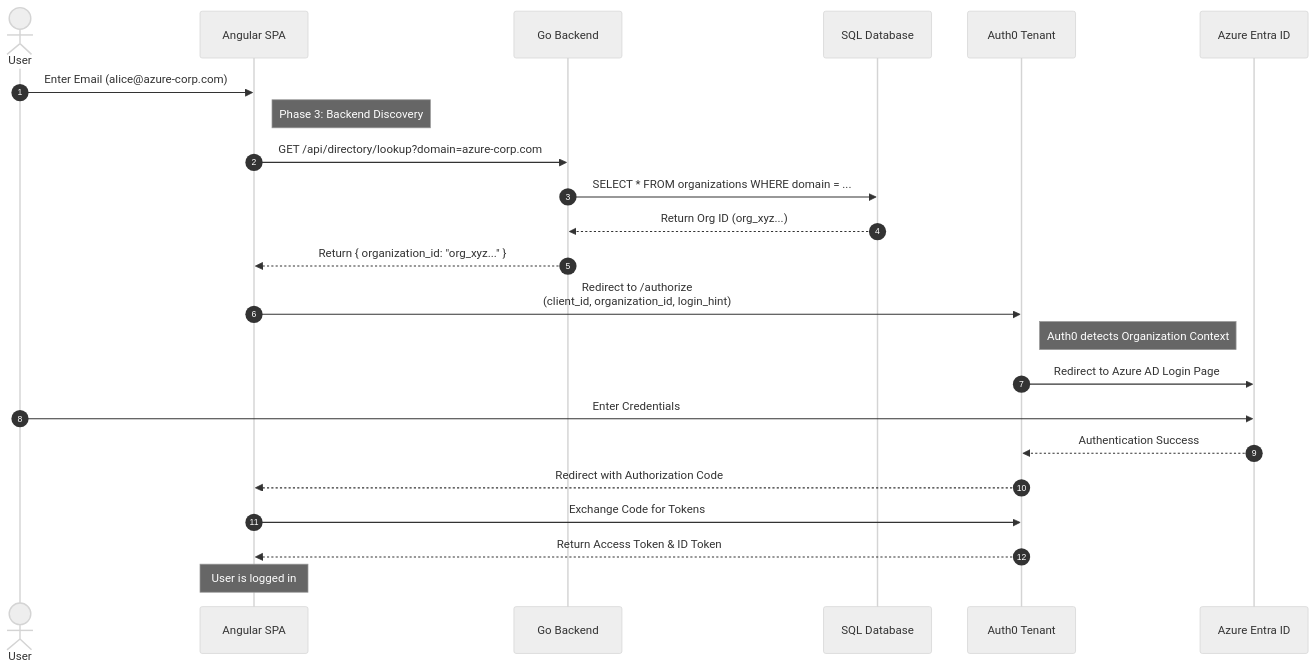
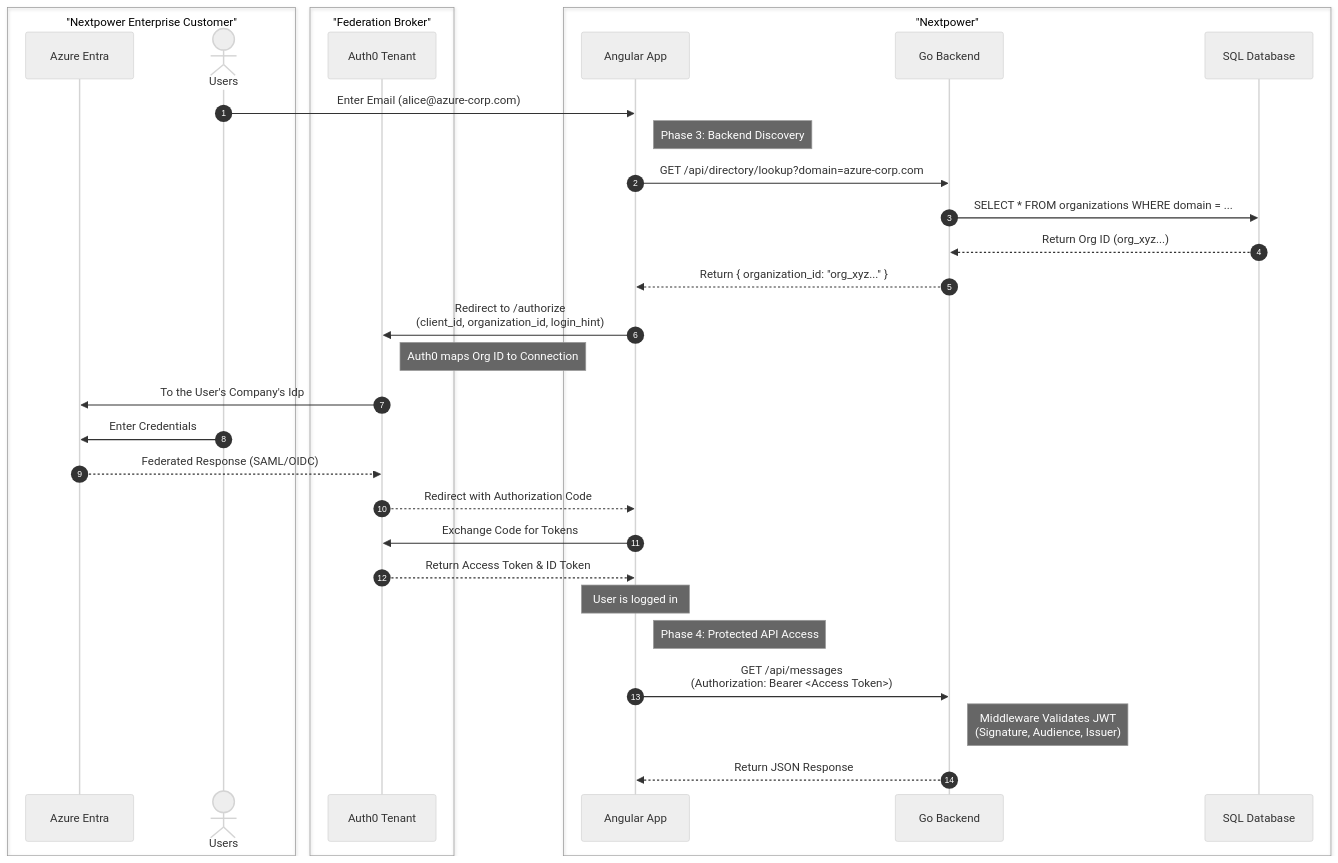
The second of 2 diagrams in docs/architecture.md (bnikanjam/FederatedAuthentication), drawn with Mermaid (neutral theme) before and after one commit. The commit also changed other lines of this file, not shown here.

Commit message:
Update architecture diagrams and documentation

````diff
--- a/docs/architecture.md
+++ b/docs/architecture.md
@@ -48,32 +57,47 @@
 ```mermaid
 sequenceDiagram
     autonumber
-    actor User
-    participant App as Angular SPA
-    participant API as Go Backend
-    participant DB as SQL Database
-    participant Auth0 as Auth0 Tenant
-    participant IdP as Azure Entra ID
+    box "Nextpower Enterprise Customer"
+        participant IdP as Azure Entra
+        actor User as Users
+    end
+
+    box "Federation Broker"
+        participant Auth0 as Auth0 Tenant
+    end
+
+    box "Nextpower"
+        participant App as Angular App
+        participant API as Go Backend
+        participant DB as SQL Database
+    end
 
     User->>App: Enter Email (alice@azure-corp.com)
     
     Note right of App: Phase 3: Backend Discovery
     App->>API: GET /api/directory/lookup?domain=azure-corp.com
     API->>DB: SELECT * FROM organizations WHERE domain = ...
     DB-->>API: Return Org ID (org_xyz...)
     API-->>App: Return { organization_id: "org_xyz..." }
 
     App->>Auth0: Redirect to /authorize<br/>(client_id, organization_id, login_hint)
     
-    Note right of Auth0: Auth0 detects Organization Context
+    Note right of Auth0: Auth0 maps Org ID to Connection
     
-    Auth0->>IdP: Redirect to Azure AD Login Page
+    Auth0->>IdP: To the User's Company's Idp
     User->>IdP: Enter Credentials
-    IdP-->>Auth0: Authentication Success
+    IdP-->>Auth0: Federated Response (SAML/OIDC)
     
     Auth0-->>App: Redirect with Authorization Code
     App->>Auth0: Exchange Code for Tokens
     Auth0-->>App: Return Access Token & ID Token
     
     Note over App: User is logged in
+
+    Note right of App: Phase 4: Protected API Access
+    App->>API: GET /api/messages<br/>(Authorization: Bearer <Access Token>)
+    
+    Note right of API: Middleware Validates JWT<br/>(Signature, Audience, Issuer)
+    
+    API-->>App: Return JSON Response
 ```
````
